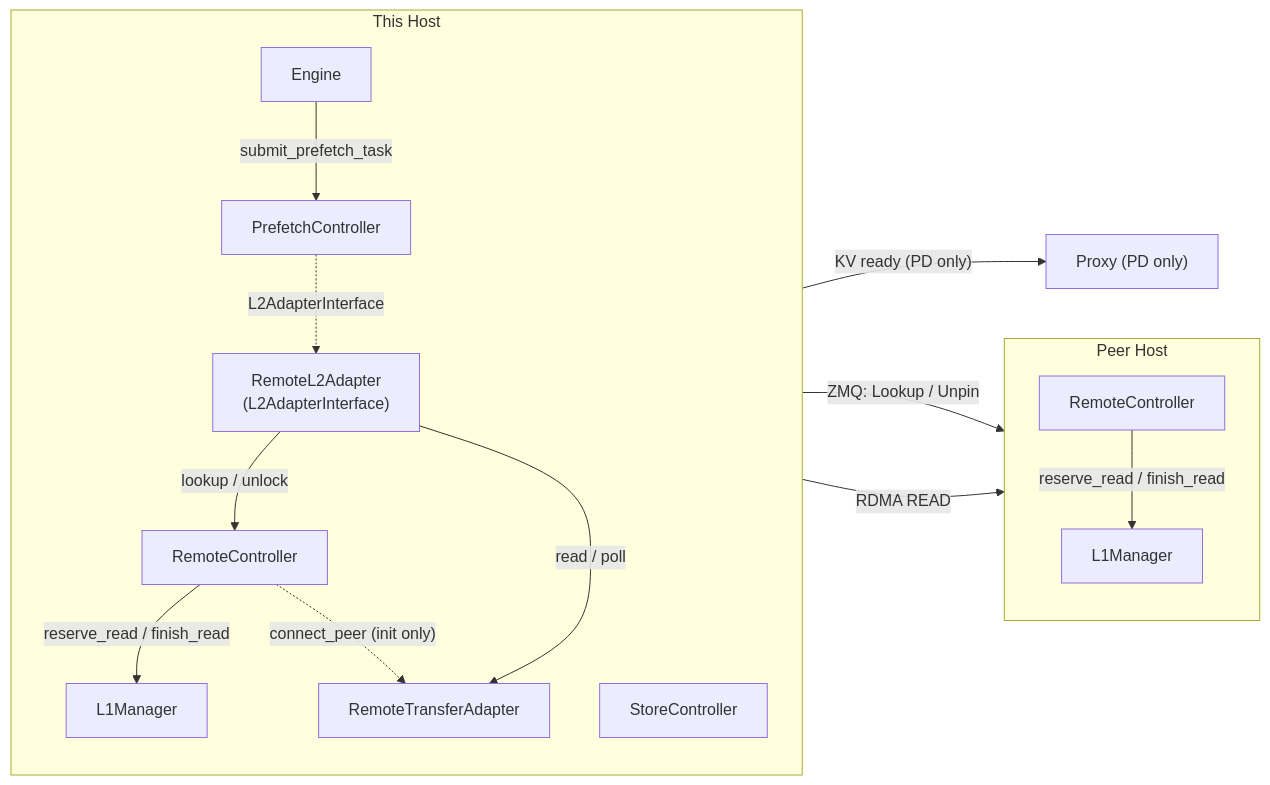
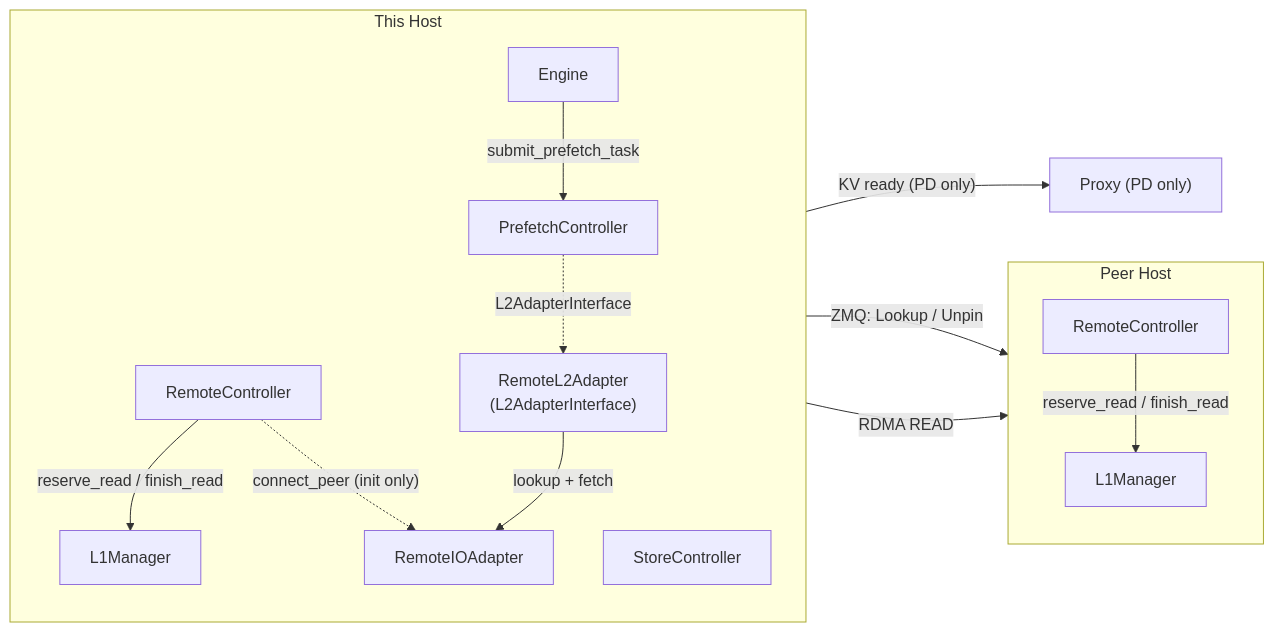
The first of 3 diagrams in docs/design/disagg/remote_controller.md (deng451e/LMCache), drawn with Mermaid before and after one commit. The commit also changed other lines of this file and 4 other files, not shown here.

````diff
--- a/docs/design/disagg/remote_controller.md
+++ b/docs/design/disagg/remote_controller.md
@@ -29,32 +29,31 @@
 ```mermaid
 graph LR
     subgraph LOCAL["This Host"]
         direction TB
         ENG["Engine"]
         PC["PrefetchController"]
         SC["StoreController"]
         RLA["RemoteL2Adapter\n(L2AdapterInterface)"]
         RC["RemoteController"]
         L1["L1Manager"]
-        RTA["RemoteTransferAdapter"]
+        RIA["RemoteIOAdapter"]
     end
 
     subgraph PEER["Peer Host"]
         direction TB
         RCP["RemoteController"]
         L1P["L1Manager"]
     end
 
     PRX["Proxy (PD only)"]
 
     ENG -- "submit_prefetch_task" --> PC
     PC -. "L2AdapterInterface" .-> RLA
     SC -- "KV ready (PD only)" --> PRX
     RC -- "reserve_read / finish_read" --> L1
-    RLA -- "lookup / unlock" --> RC
-    RLA -- "read / poll" --> RTA
-    RC -. "connect_peer (init only)" .-> RTA
-    RC -- "ZMQ: Lookup / Unpin" --> RCP
+    RLA -- "lookup + fetch" --> RIA
+    RC -. "connect_peer (init only)" .-> RIA
+    RIA -- "ZMQ: Lookup / Unpin" --> RCP
+    RIA -- "RDMA READ" --> L1P
     RCP -- "reserve_read / finish_read" --> L1P
-    RTA -- "RDMA READ" --> L1P
 ```
````
